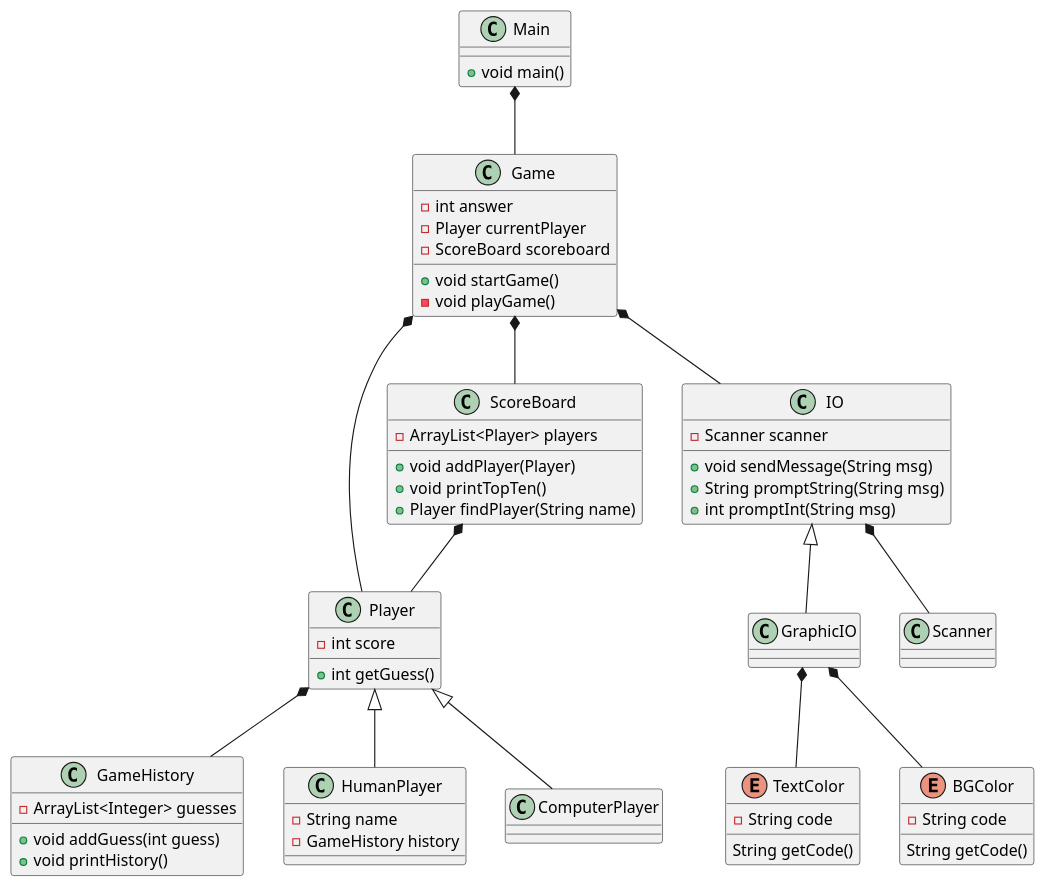
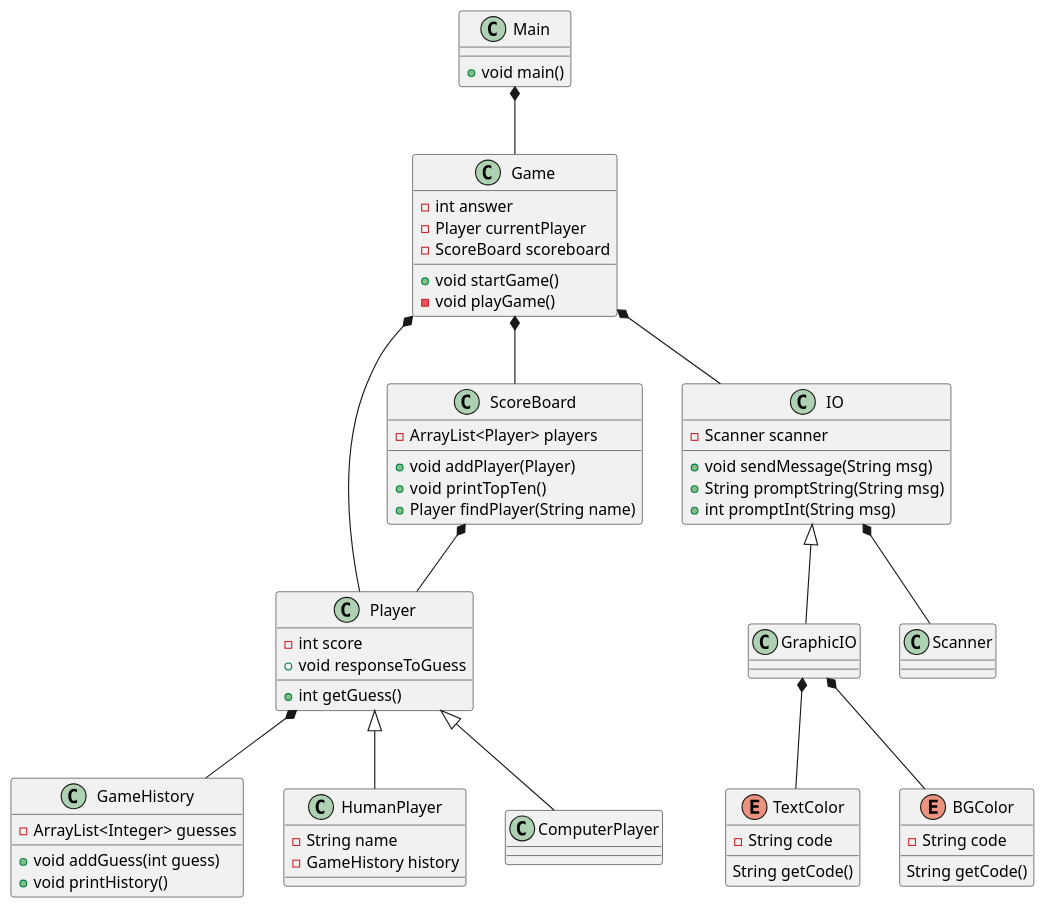
The diagram in documentation/numbergame.puml (Dat1Cphbusiness/spring2026), drawn with PlantUML before and after one commit. The commit also changed 5 other files, not shown here.

```diff
--- a/documentation/numbergame.puml
+++ b/documentation/numbergame.puml
@@ -1,81 +1,82 @@
 @startuml
 'https://plantuml.com/class-diagram
 
 class Game{
     - int answer
     - Player currentPlayer
     - ScoreBoard scoreboard
     + void startGame()
     - void playGame()
 }
 
 class GameHistory{
     - ArrayList<Integer> guesses
     + void addGuess(int guess)
     + void printHistory()
 }
 
 class Player{
     - int score
     + int getGuess()
+    + void responseToGuess
 }
 
 class HumanPlayer{
     - String name
     - GameHistory history
 }
 
 class ComputerPlayer{
-    
+
 }
 
 
 
 class ScoreBoard{
     - ArrayList<Player> players
     + void addPlayer(Player)
     + void printTopTen()
     + Player findPlayer(String name)
 }
 
 class IO{
     - Scanner scanner
     + void sendMessage(String msg)
     + String promptString(String msg)
     + int promptInt(String msg)
 }
 
 class GraphicIO{}
 
 class Main{
     + void main()
 }
 
 class Scanner{}
 
 enum TextColor{
     - String code
     String getCode()
 }
 
 enum BGColor{
     - String code
     String getCode()
 }
 
 
 
 IO *-- Scanner
 Game *-- IO
 Game *-- Player
 Main *-- Game
 IO <|-- GraphicIO
 Game *-- ScoreBoard
 ScoreBoard *-- Player
 GraphicIO *-- TextColor
 GraphicIO *-- BGColor
 Player *-- GameHistory
 Player <|-- HumanPlayer
 Player <|-- ComputerPlayer
 
 @enduml
```
